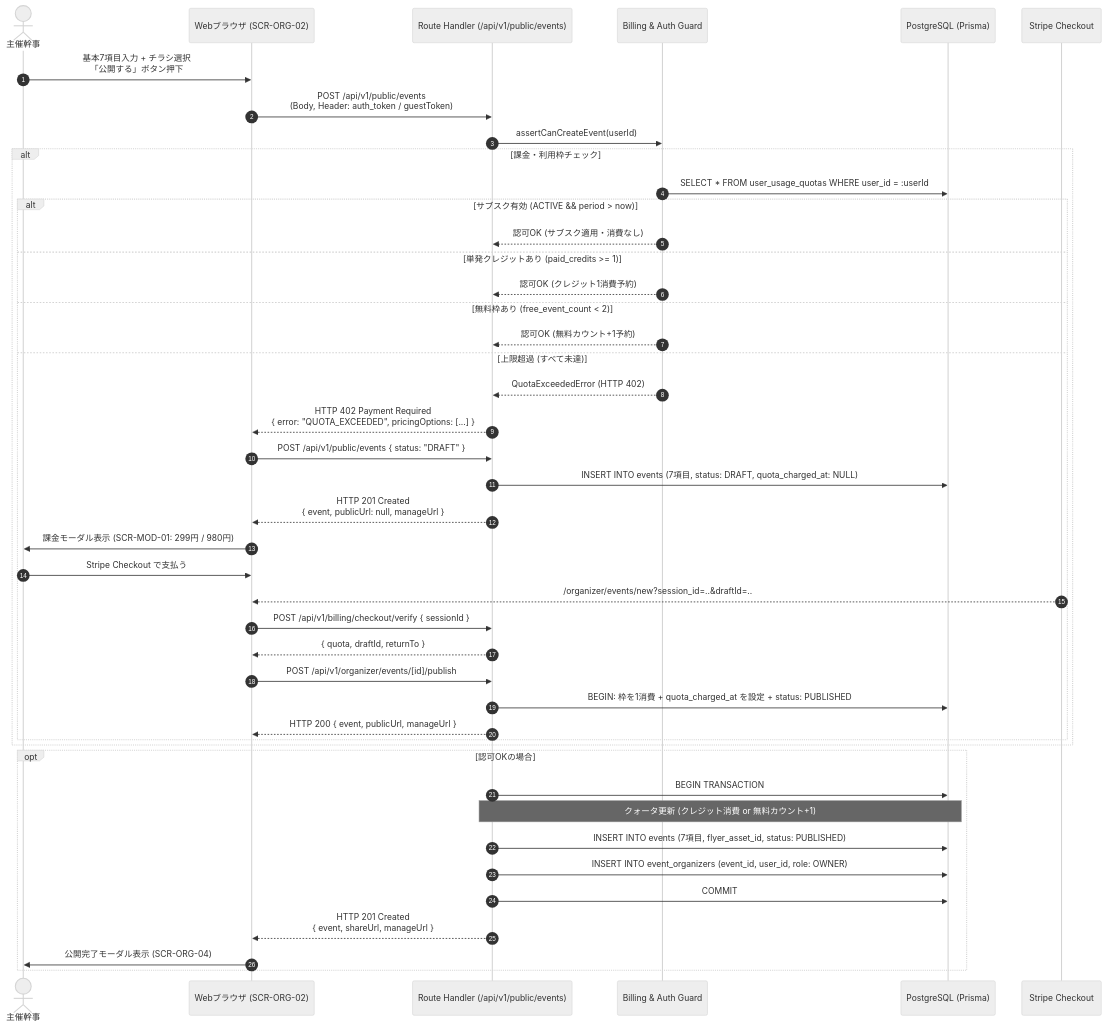
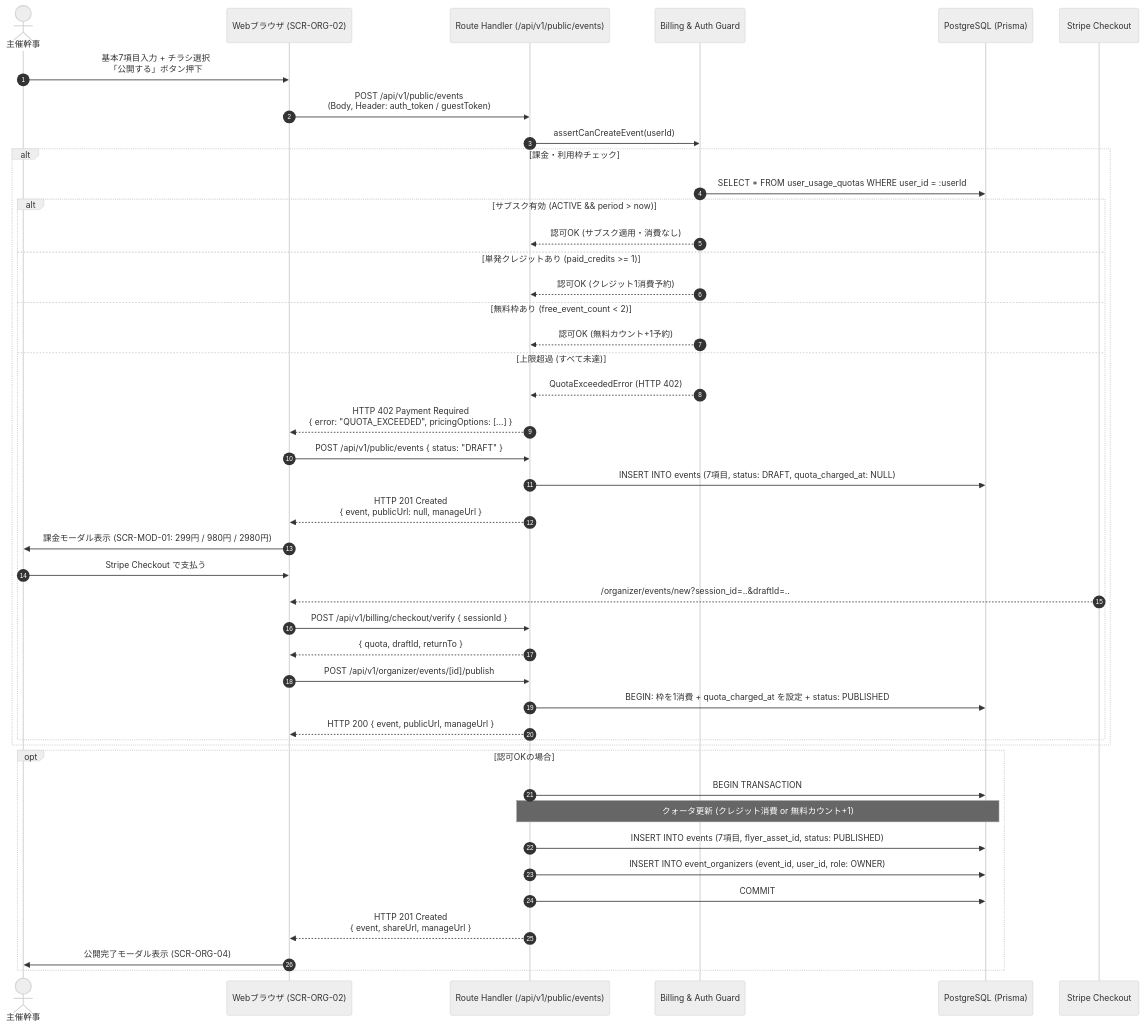
One commit to HirofumiSato/EventKreater changed the second of 9 diagrams in docs/backend_api_implementation_spec.md. Above: the diagram before and after it, drawn with Mermaid (neutral theme). The commit also changed other lines of this file and 42 other files, not shown here.

````diff
--- a/docs/backend_api_implementation_spec.md
+++ b/docs/backend_api_implementation_spec.md
@@ -138,46 +139,46 @@
 ```mermaid
 sequenceDiagram
     autonumber
     actor Organizer as 主催幹事
     participant Client as Webブラウザ (SCR-ORG-02)
     participant Route as Route Handler (/api/v1/public/events)
     participant Guard as Billing & Auth Guard
     participant DB as PostgreSQL (Prisma)
     participant Stripe as Stripe Checkout
     Organizer->>Client: 基本7項目入力 + チラシ選択<br/>「公開する」ボタン押下
     Client->>Route: POST /api/v1/public/events<br/>(Body, Header: auth_token / guestToken)
     Route->>Guard: assertCanCreateEvent(userId)
     alt 課金・利用枠チェック
         Guard->>DB: SELECT * FROM user_usage_quotas WHERE user_id = :userId
         alt サブスク有効 (ACTIVE && period > now)
             Guard-->>Route: 認可OK (サブスク適用・消費なし)
         else 単発クレジットあり (paid_credits >= 1)
             Guard-->>Route: 認可OK (クレジット1消費予約)
         else 無料枠あり (free_event_count < 2)
             Guard-->>Route: 認可OK (無料カウント+1予約)
         else 上限超過 (すべて未達)
             Guard-->>Route: QuotaExceededError (HTTP 402)
             Route-->>Client: HTTP 402 Payment Required<br/>{ error: "QUOTA_EXCEEDED", pricingOptions: [...] }
             Client->>Route: POST /api/v1/public/events { status: "DRAFT" }
             Route->>DB: INSERT INTO events (7項目, status: DRAFT, quota_charged_at: NULL)
             Route-->>Client: HTTP 201 Created<br/>{ event, publicUrl: null, manageUrl }
-            Client->>Organizer: 課金モーダル表示 (SCR-MOD-01: 299円 / 980円)
+            Client->>Organizer: 課金モーダル表示 (SCR-MOD-01: 299円 / 980円 / 2980円)
             Organizer->>Client: Stripe Checkout で支払う
             Stripe-->>Client: /organizer/events/new?session_id=..&draftId=..
             Client->>Route: POST /api/v1/billing/checkout/verify { sessionId }
             Route-->>Client: { quota, draftId, returnTo }
             Client->>Route: POST /api/v1/organizer/events/[id]/publish
             Route->>DB: BEGIN: 枠を1消費 + quota_charged_at を設定 + status: PUBLISHED
             Route-->>Client: HTTP 200 { event, publicUrl, manageUrl }
         end
     end
     opt 認可OKの場合
         Route->>DB: BEGIN TRANSACTION
         Note over Route,DB: クォータ更新 (クレジット消費 or 無料カウント+1)
         Route->>DB: INSERT INTO events (7項目, flyer_asset_id, status: PUBLISHED)
         Route->>DB: INSERT INTO event_organizers (event_id, user_id, role: OWNER)
         Route->>DB: COMMIT
         Route-->>Client: HTTP 201 Created<br/>{ event, shareUrl, manageUrl }
         Client->>Organizer: 公開完了モーダル表示 (SCR-ORG-04)
     end
 ```
````
